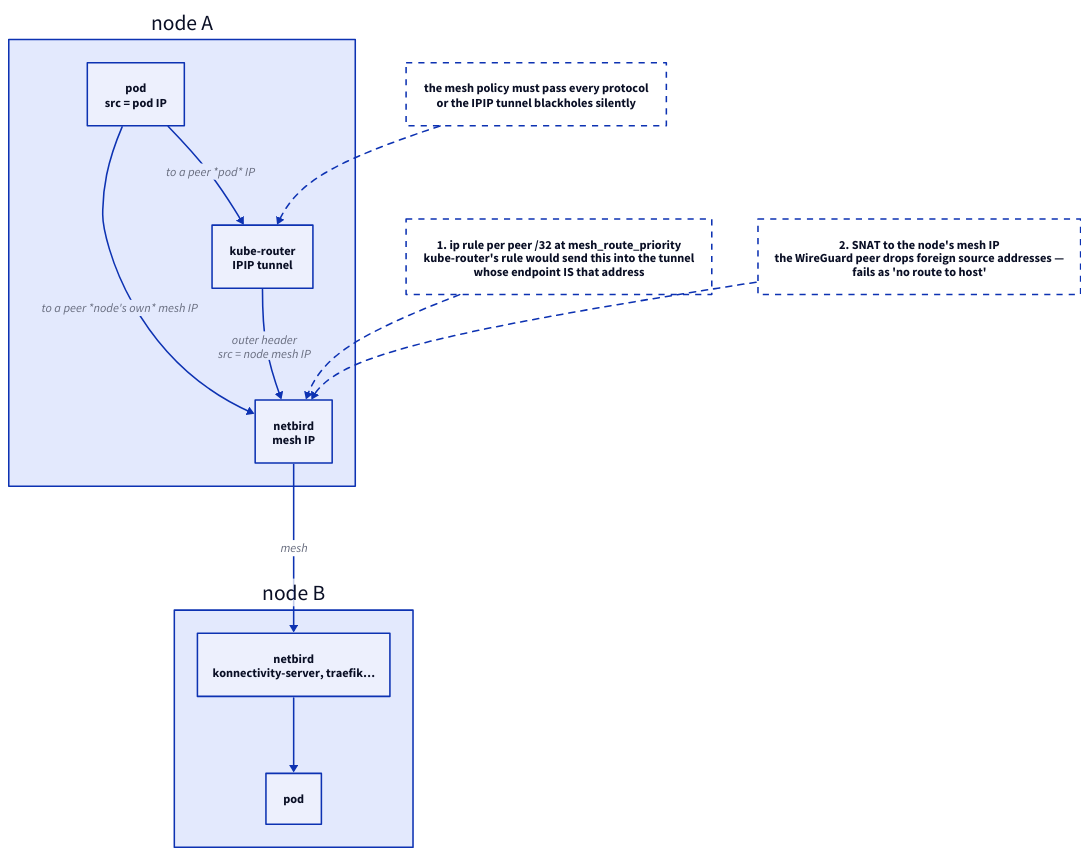
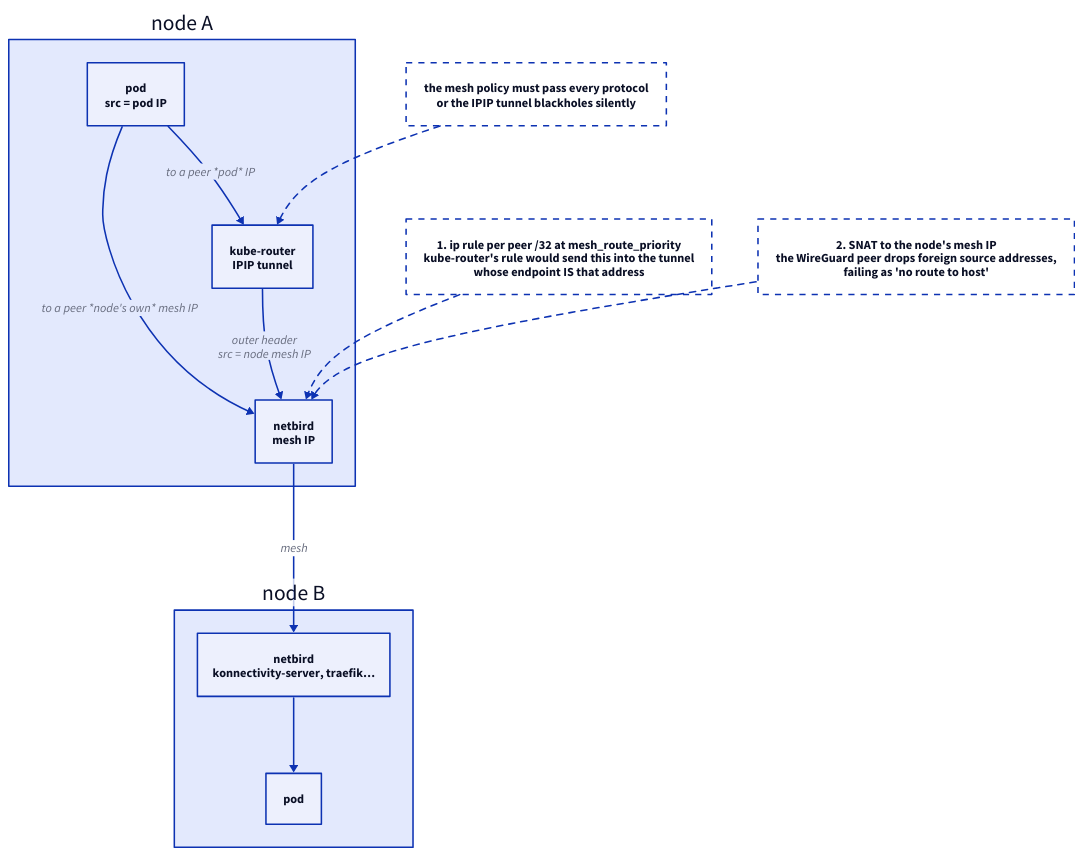
The diagram in docs/src/ansible/networking.md (brewcoua/futhark), drawn with D2 before and after one commit. The commit also changed other lines of this file and 28 other files, not shown here.

````diff
--- a/docs/src/ansible/networking.md
+++ b/docs/src/ansible/networking.md
@@ -20,34 +22,34 @@
 ```d2
 direction: down
 
 a: node A {
   pod: pod\nsrc = pod IP
   tun: kube-router\nIPIP tunnel
   ts: netbird\nmesh IP
   pod -> tun: to a peer *pod* IP
   pod -> ts: to a peer *node's own* mesh IP
   tun -> ts: outer header\nsrc = node mesh IP
 }
 
 b: node B {
   bpod: pod
   bts: "netbird\nkonnectivity-server, traefik…"
 }
 
 a.ts -> b.bts: mesh
 b.bts -> b.bpod
 
 fix1: "1. ip rule per peer /32 at mesh_route_priority\nkube-router's rule would send this into the tunnel\nwhose endpoint IS that address" {
   style: { stroke-dash: 4; fill: transparent }
 }
-fix2: "2. SNAT to the node's mesh IP\nthe WireGuard peer drops foreign source addresses —\nfails as 'no route to host'" {
+fix2: "2. SNAT to the node's mesh IP\nthe WireGuard peer drops foreign source addresses,\nfailing as 'no route to host'" {
   style: { stroke-dash: 4; fill: transparent }
 }
 acl: "the mesh policy must pass every protocol\nor the IPIP tunnel blackholes silently" {
   style: { stroke-dash: 4; fill: transparent }
 }
 
 fix1 -> a.ts: { style.stroke-dash: 4 }
 fix2 -> a.ts: { style.stroke-dash: 4 }
 acl -> a.tun: { style.stroke-dash: 4 }
 ```
````
